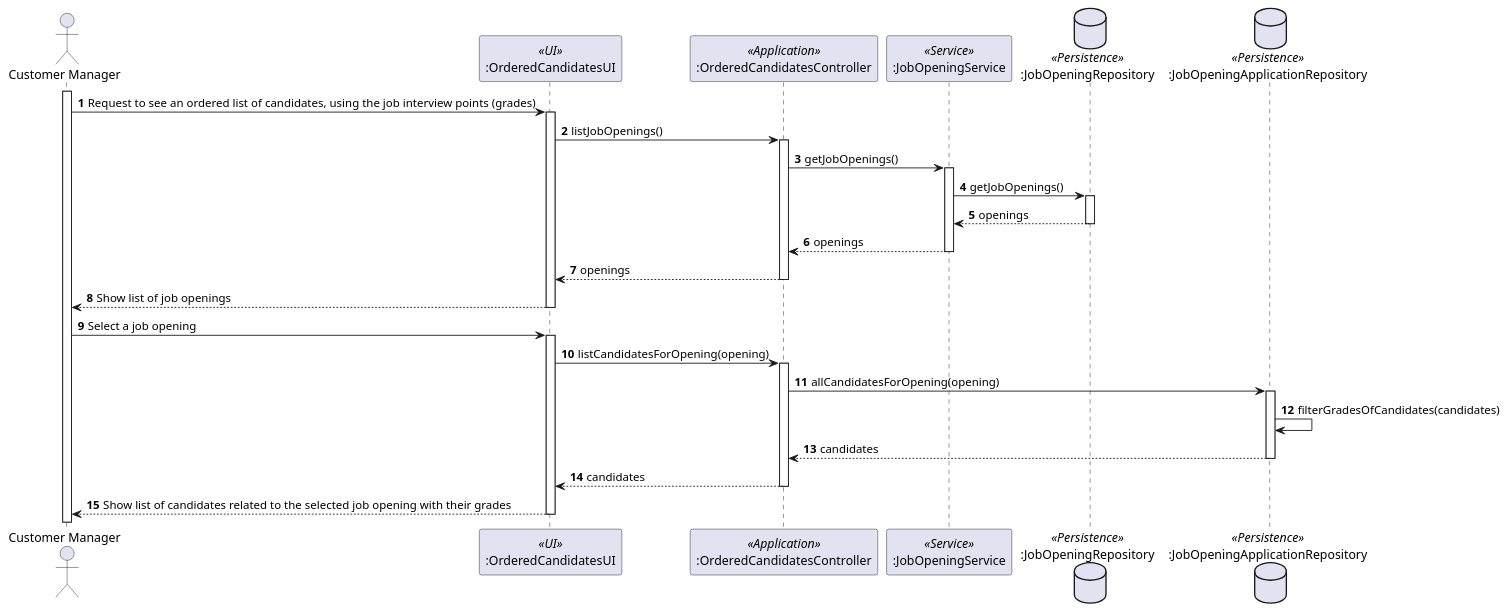
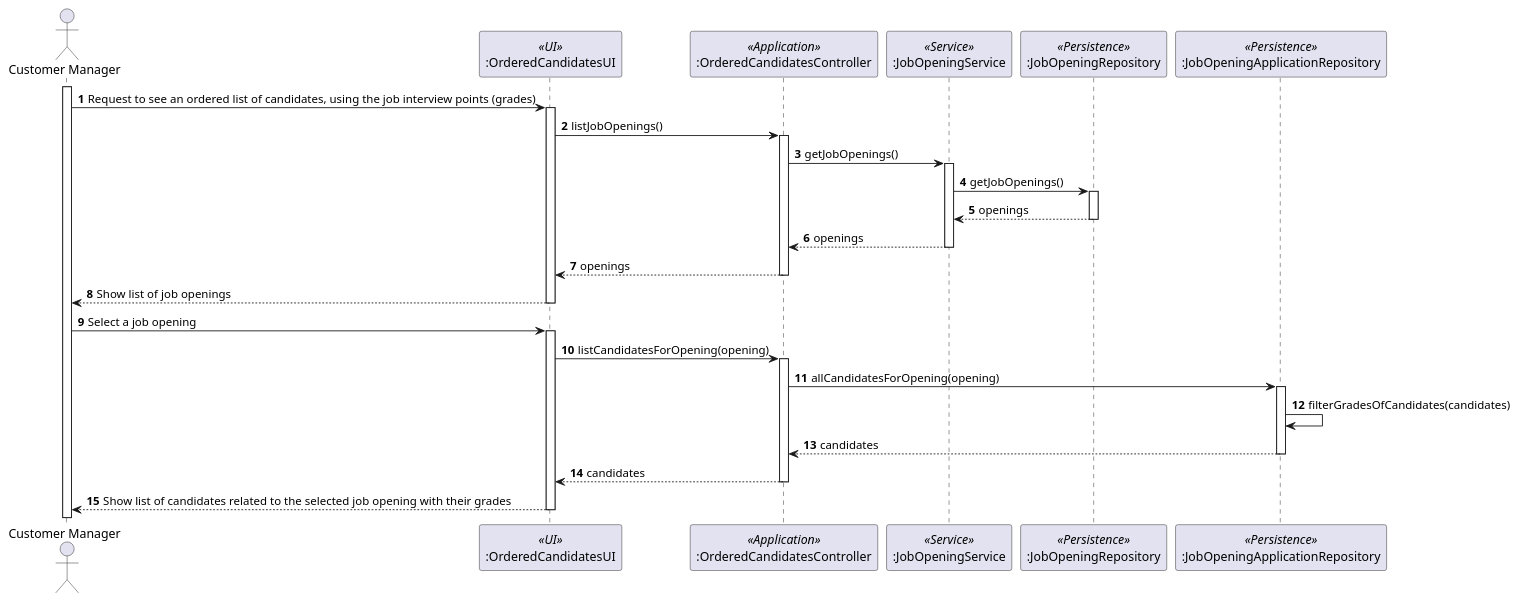
The diagram in docs/sprintC/1019/1019-sequence-diagram.puml (marcoferreira37/Lapr4), drawn with PlantUML before and after one commit. The commit also changed 7 other files, not shown here.

```diff
--- a/docs/sprintC/1019/1019-sequence-diagram.puml
+++ b/docs/sprintC/1019/1019-sequence-diagram.puml
@@ -1,53 +1,53 @@
 @startuml
 
 actor "Customer Manager" as Agent
 participant ":OrderedCandidatesUI" as ui <<UI>>
 participant ":OrderedCandidatesController" as ctrl <<Application>>
 participant ":JobOpeningService" as jobServ <<Service>>
-database ":JobOpeningRepository" as jobRepo <<Persistence>>
-database ":JobOpeningApplicationRepository" as candRepo <<Persistence>>
+participant ":JobOpeningRepository" as jobRepo <<Persistence>>
+participant ":JobOpeningApplicationRepository" as candRepo <<Persistence>>
 
 autonumber
 
 
 activate Agent
 
 Agent -> ui: Request to see an ordered list of candidates, using the job interview points (grades)
 
 activate ui
 ui -> ctrl: listJobOpenings()
 activate ctrl
 ctrl -> jobServ: getJobOpenings()
 activate jobServ
 jobServ -> jobRepo: getJobOpenings()
 activate jobRepo
 jobRepo --> jobServ: openings
 deactivate
 jobServ --> ctrl: openings
 deactivate
 ctrl --> ui: openings
 deactivate
 ui --> Agent: Show list of job openings
 deactivate
 Agent -> ui : Select a job opening
 activate ui
 ui -> ctrl: listCandidatesForOpening(opening)
 activate ctrl
 ctrl -> candRepo: allCandidatesForOpening(opening)
 
 activate candRepo
 
 candRepo -> candRepo : filterGradesOfCandidates(candidates)
 candRepo --> ctrl: candidates
 deactivate
 ctrl --> ui: candidates
 
 deactivate
 
 ui --> Agent : Show list of candidates related to the selected job opening with their grades
 
 deactivate
 
 
 
 @enduml
```
